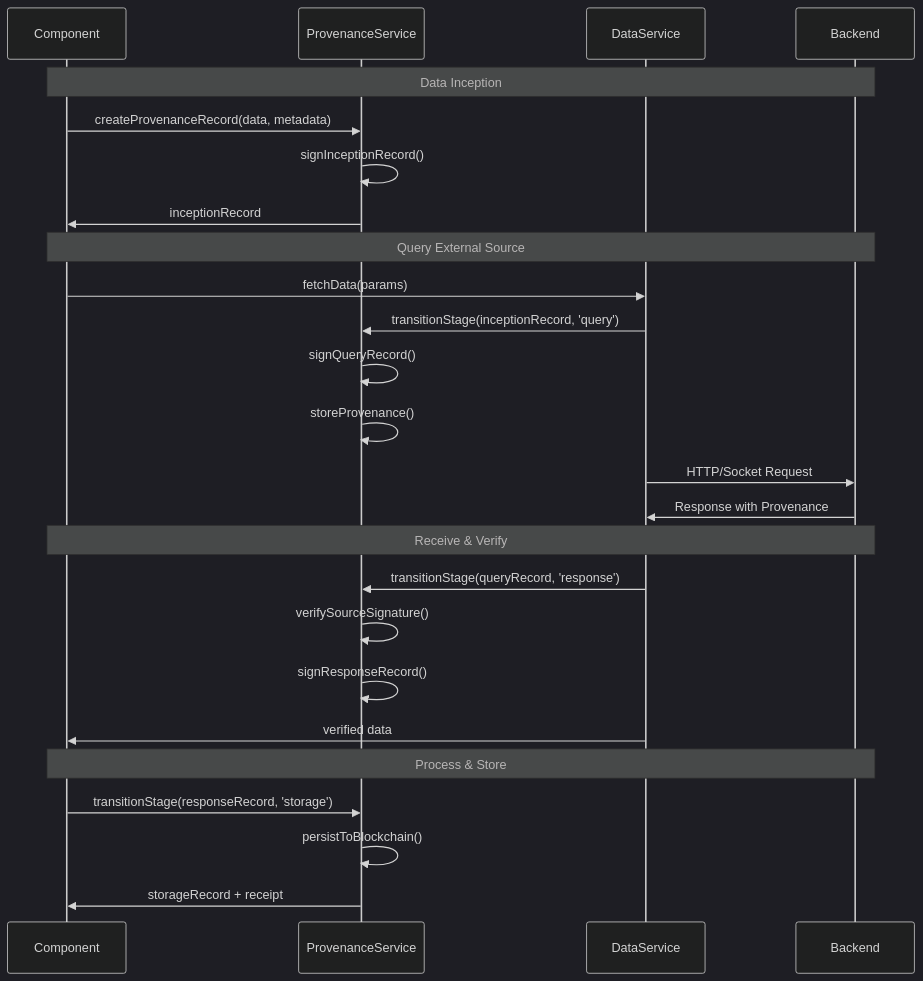
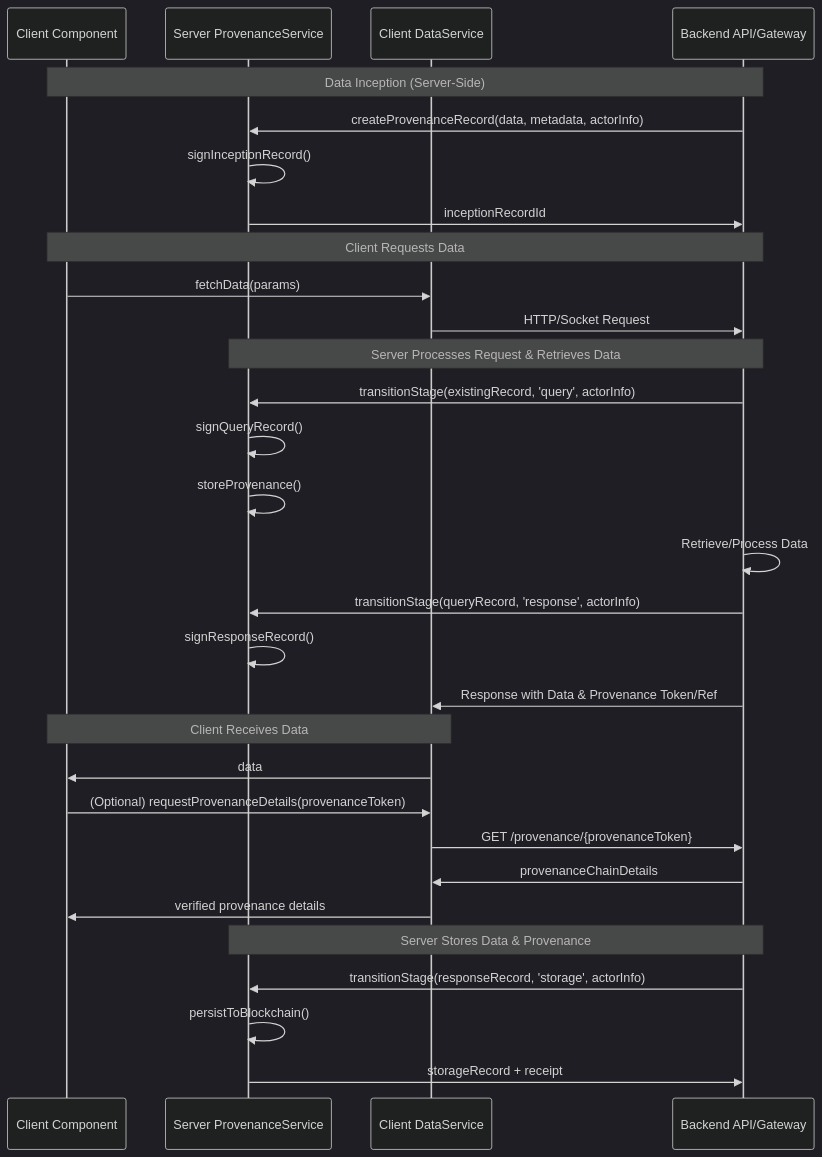
The second of 5 diagrams in forgeboard-frontend/src/assets/documentation/FRONTEND-API-ARCHITECTURE.md (JeffreySanford/forge-board), drawn with Mermaid (dark theme) before and after one commit. The commit also changed other lines of this file and 53 other files, not shown here.

````diff
--- a/forgeboard-frontend/src/assets/documentation/FRONTEND-API-ARCHITECTURE.md
+++ b/forgeboard-frontend/src/assets/documentation/FRONTEND-API-ARCHITECTURE.md
@@ -81,31 +88,37 @@
 ```mermaid
 sequenceDiagram
-  participant UI as Component
-  participant PS as ProvenanceService
-  participant SVC as DataService
-  participant SRV as Backend
+  participant UI as Client Component
+  participant PS as Server ProvenanceService
+  participant SVC as Client DataService
+  participant SRV as Backend API/Gateway
   
-  Note over UI,SRV: Data Inception
-  UI->>PS: createProvenanceRecord(data, metadata)
+  Note over UI,SRV: Data Inception (Server-Side)
+  SRV->>PS: createProvenanceRecord(data, metadata, actorInfo)
   PS->>PS: signInceptionRecord()
-  PS->>UI: inceptionRecord
+  PS->>SRV: inceptionRecordId
   
-  Note over UI,SRV: Query External Source
+  Note over UI,SRV: Client Requests Data
   UI->>SVC: fetchData(params)
-  SVC->>PS: transitionStage(inceptionRecord, 'query')
+  SVC->>SRV: HTTP/Socket Request
+  
+  Note over SRV,PS: Server Processes Request & Retrieves Data
+  SRV->>PS: transitionStage(existingRecord, 'query', actorInfo)
   PS->>PS: signQueryRecord()
   PS->>PS: storeProvenance()
-  SVC->>SRV: HTTP/Socket Request
-  SRV->>SVC: Response with Provenance
+  SRV->>SRV: Retrieve/Process Data
+  SRV->>PS: transitionStage(queryRecord, 'response', actorInfo)
+  PS->>PS: signResponseRecord()
+  SRV->>SVC: Response with Data & Provenance Token/Ref
   
-  Note over UI,SRV: Receive & Verify
-  SVC->>PS: transitionStage(queryRecord, 'response')
-  PS->>PS: verifySourceSignature()
-  PS->>PS: signResponseRecord()
-  SVC->>UI: verified data
+  Note over UI,SVC: Client Receives Data
+  SVC->>UI: data
+  UI->>SVC: (Optional) requestProvenanceDetails(provenanceToken)
+  SVC->>SRV: GET /provenance/{provenanceToken}
+  SRV->>SVC: provenanceChainDetails
+  SVC->>UI: verified provenance details
   
-  Note over UI,SRV: Process & Store
-  UI->>PS: transitionStage(responseRecord, 'storage')
+  Note over SRV,PS: Server Stores Data & Provenance
+  SRV->>PS: transitionStage(responseRecord, 'storage', actorInfo)
   PS->>PS: persistToBlockchain()
-  PS->>UI: storageRecord + receipt
+  PS->>SRV: storageRecord + receipt
 ```
````
